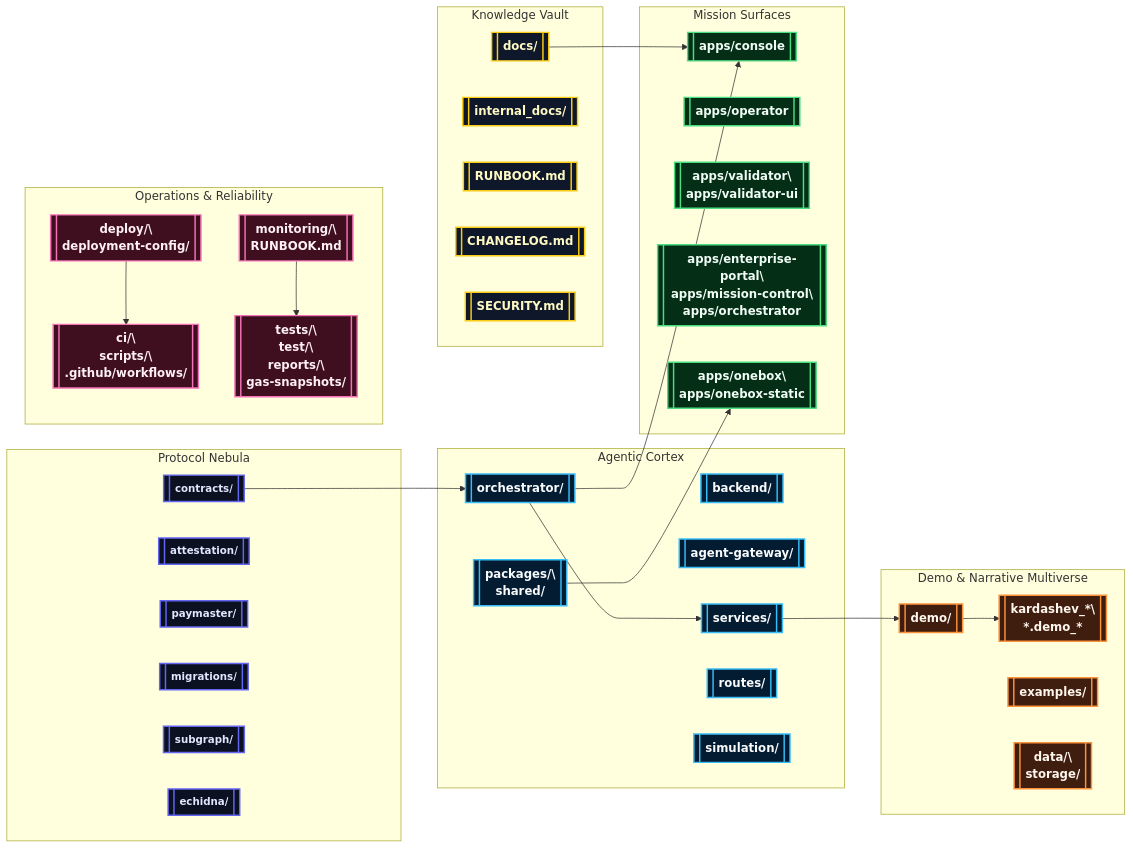
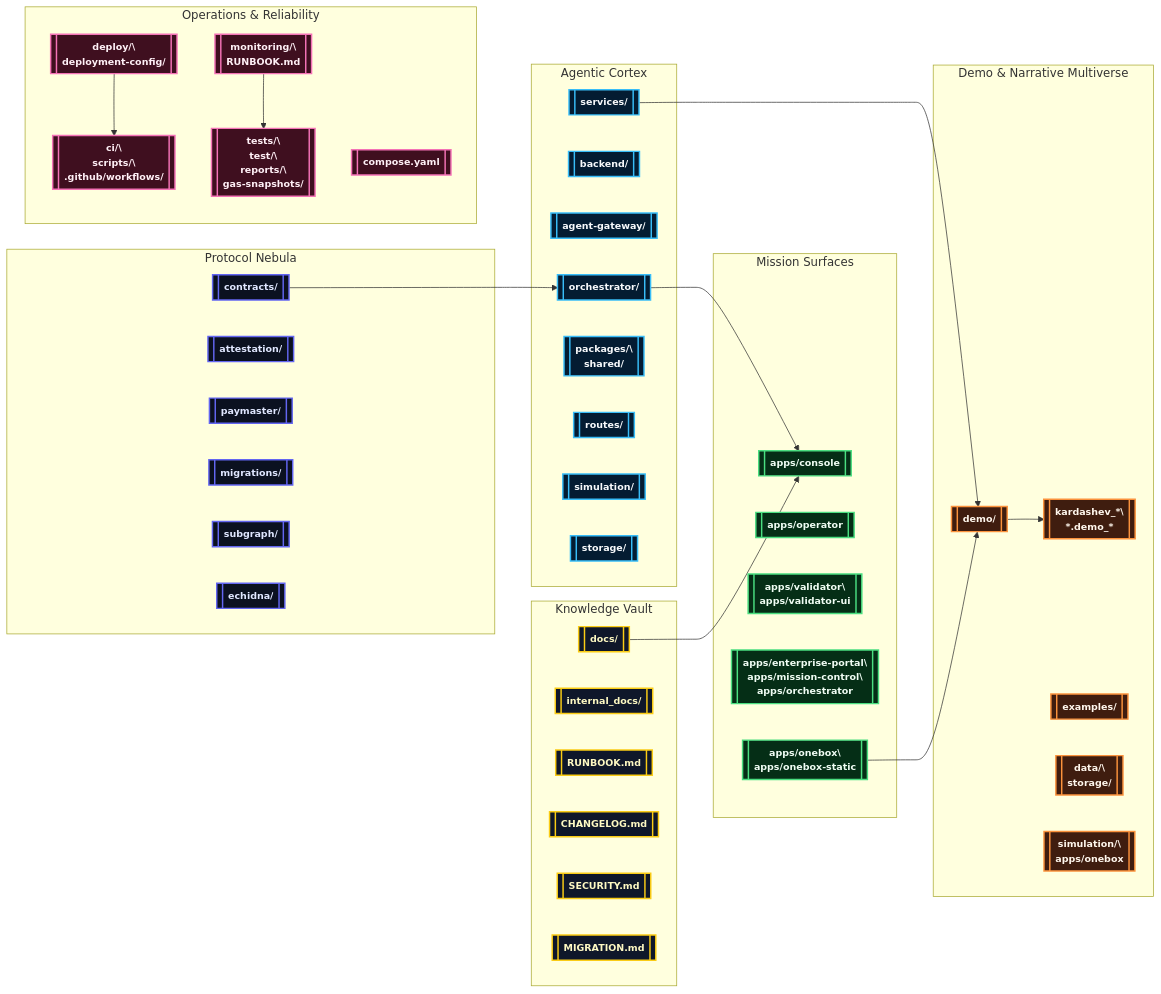
One commit to MontrealAI/AGIJobsv0 changed the first of 2 diagrams in README.md. Above: the diagram before and after it, drawn with Mermaid. The commit also changed other lines of this file, not shown here.

Commit message:
docs: refresh root readme with demo atlas

````diff
--- a/README.md
+++ b/README.md
@@ -45,67 +37,72 @@
 ```mermaid
 %% Orbital architecture overview
 flowchart LR
-    classDef protocol fill:#0b1120,stroke:#6366f1,color:#e0e7ff,font-size:14px,font-weight:bold,stroke-width:2px;
-    classDef cortex fill:#041c32,stroke:#38bdf8,color:#f8fafc,font-weight:bold,stroke-width:2px;
-    classDef surfaces fill:#052e16,stroke:#4ade80,color:#f0fdf4,font-weight:bold,stroke-width:2px;
-    classDef ops fill:#3f0f1f,stroke:#f472b6,color:#fff0f6,font-weight:bold,stroke-width:2px;
-    classDef demos fill:#3f1d0f,stroke:#fb923c,color:#fff7ed,font-weight:bold,stroke-width:2px;
-    classDef knowledge fill:#0f172a,stroke:#facc15,color:#fef9c3,font-weight:bold,stroke-width:2px;
+    classDef protocol fill:#0b1120,stroke:#6366f1,color:#e0e7ff,font-size:13px,font-weight:bold,stroke-width:2px;
+    classDef cortex fill:#041c32,stroke:#38bdf8,color:#f8fafc,font-size:13px,font-weight:bold,stroke-width:2px;
+    classDef surfaces fill:#052e16,stroke:#4ade80,color:#f0fdf4,font-size:13px,font-weight:bold,stroke-width:2px;
+    classDef ops fill:#3f0f1f,stroke:#f472b6,color:#fff0f6,font-size:13px,font-weight:bold,stroke-width:2px;
+    classDef demos fill:#3f1d0f,stroke:#fb923c,color:#fff7ed,font-size:13px,font-weight:bold,stroke-width:2px;
+    classDef knowledge fill:#0f172a,stroke:#facc15,color:#fef9c3,font-size:13px,font-weight:bold,stroke-width:2px;
 
     subgraph "Protocol Nebula"
         contracts[[contracts/]]:::protocol
         attestation[[attestation/]]:::protocol
         paymaster[[paymaster/]]:::protocol
         migrations[[migrations/]]:::protocol
         subgraphSvc[[subgraph/]]:::protocol
         echidnaLab[[echidna/]]:::protocol
     end
 
     subgraph "Agentic Cortex"
         orchestrator[[orchestrator/]]:::cortex
         backendSvc[[backend/]]:::cortex
         agentGateway[[agent-gateway/]]:::cortex
         servicesHub[[services/]]:::cortex
         packagesHub[[packages/\\nshared/]]:::cortex
         routesHub[[routes/]]:::cortex
         simulationHub[[simulation/]]:::cortex
+        storageHub[[storage/]]:::cortex
     end
 
     subgraph "Mission Surfaces"
         console[[apps/console]]:::surfaces
         operator[[apps/operator]]:::surfaces
         validatorUI[[apps/validator\\napps/validator-ui]]:::surfaces
         enterprise[[apps/enterprise-portal\\napps/mission-control\\napps/orchestrator]]:::surfaces
         onebox[[apps/onebox\\napps/onebox-static]]:::surfaces
     end
 
     subgraph "Operations & Reliability"
         deploy[[deploy/\\ndeployment-config/]]:::ops
         ci[[ci/\\nscripts/\\n.github/workflows/]]:::ops
         monitoring[[monitoring/\\nRUNBOOK.md]]:::ops
         qa[[tests/\\ntest/\\nreports/\\ngas-snapshots/]]:::ops
+        compose[[compose.yaml]]:::ops
     end
 
     subgraph "Demo & Narrative Multiverse"
         demosRoot[[demo/]]:::demos
         kardashev[[kardashev_*\\n*.demo_*]]:::demos
         examples[[examples/]]:::demos
         dataVault[[data/\\nstorage/]]:::demos
+        simLinks[[simulation/\\napps/onebox]]:::demos
     end
 
     subgraph "Knowledge Vault"
         docs[[docs/]]:::knowledge
         internal[[internal_docs/]]:::knowledge
         runbook[[RUNBOOK.md]]:::knowledge
         changelog[[CHANGELOG.md]]:::knowledge
         security[[SECURITY.md]]:::knowledge
+        migration[[MIGRATION.md]]:::knowledge
     end
 
-    contracts --> orchestrator --> console
-    orchestrator --> servicesHub --> demosRoot
-    packagesHub --> onebox
+    contracts --> orchestrator
+    orchestrator --> console
+    servicesHub --> demosRoot
+    onebox --> demosRoot
     deploy --> ci
     monitoring --> qa
+    docs --> console
     demosRoot --> kardashev
-    docs --> console
 ```
````
